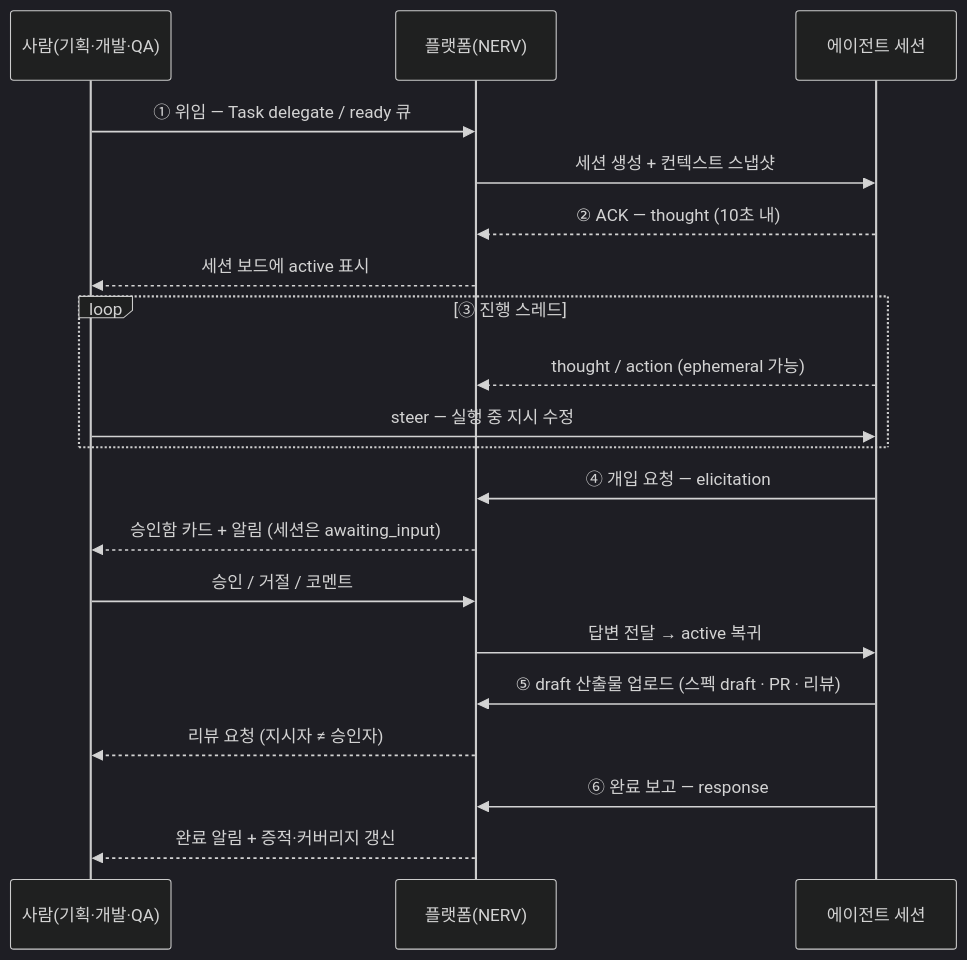
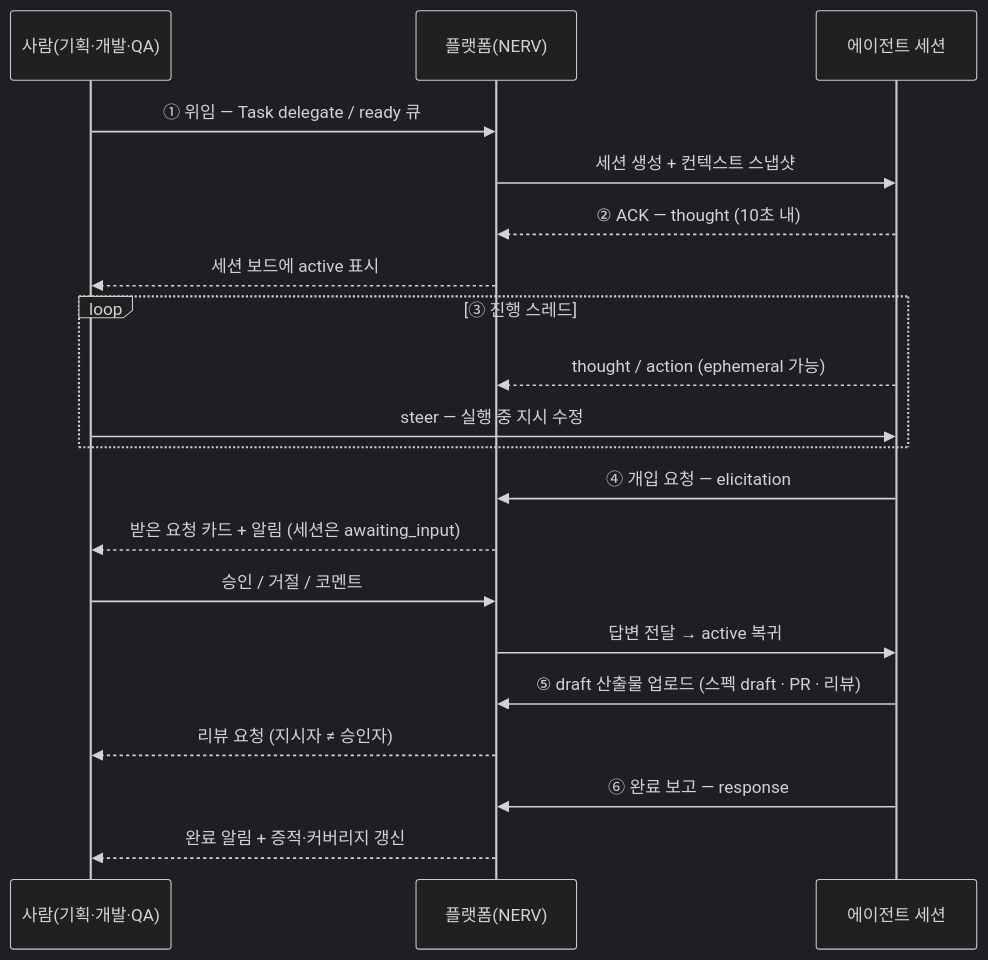
Before and after one commit to worker-ants/nerv: the second of 2 diagrams in docs/02-research/collab-platforms.md, drawn with Mermaid (dark theme). The commit also changed other lines of this file and 76 other files, not shown here.

````diff
--- a/docs/02-research/collab-platforms.md
+++ b/docs/02-research/collab-platforms.md
@@ -309,22 +309,22 @@
 ```mermaid
 sequenceDiagram
   participant H as 사람(기획·개발·QA)
   participant P as 플랫폼(NERV)
   participant A as 에이전트 세션
   H->>P: ① 위임 — Task delegate / ready 큐
   P->>A: 세션 생성 + 컨텍스트 스냅샷
   A-->>P: ② ACK — thought (10초 내)
   P-->>H: 세션 보드에 active 표시
   loop ③ 진행 스레드
     A-->>P: thought / action (ephemeral 가능)
     H->>A: steer — 실행 중 지시 수정
   end
   A->>P: ④ 개입 요청 — elicitation
-  P-->>H: 승인함 카드 + 알림 (세션은 awaiting_input)
+  P-->>H: 받은 요청 카드 + 알림 (세션은 awaiting_input)
   H->>P: 승인 / 거절 / 코멘트
   P->>A: 답변 전달 → active 복귀
   A->>P: ⑤ draft 산출물 업로드 (스펙 draft · PR · 리뷰)
   P-->>H: 리뷰 요청 (지시자 ≠ 승인자)
   A->>P: ⑥ 완료 보고 — response
   P-->>H: 완료 알림 + 증적·커버리지 갱신
 ```
````
